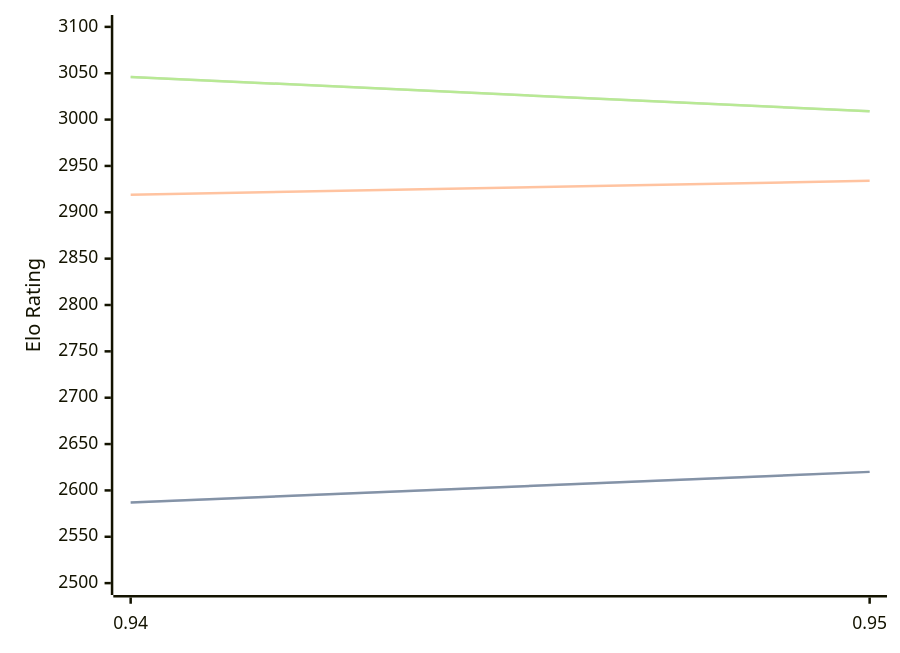
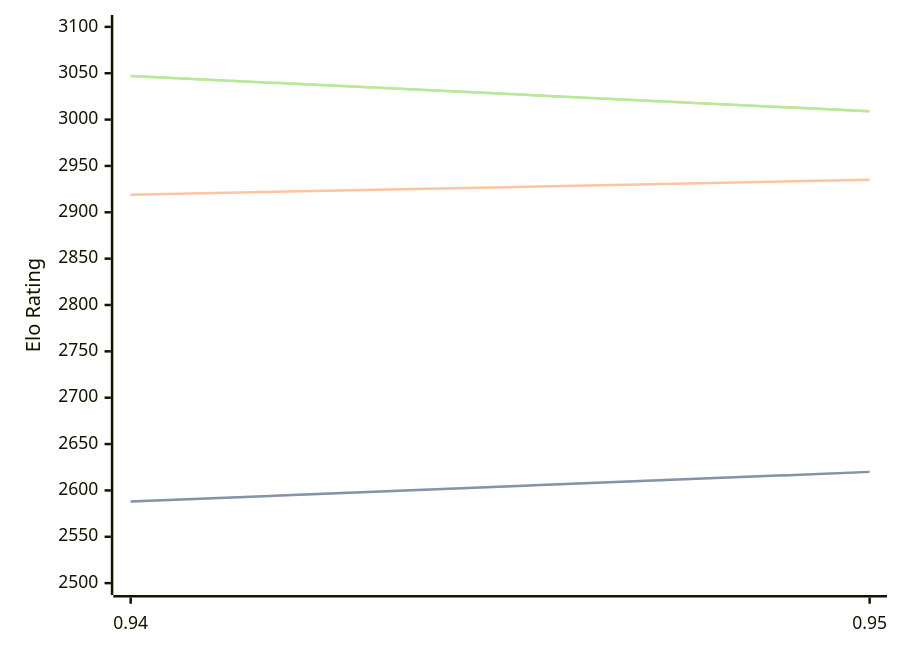
The diagram in engines/Myrddin.md (computer-chess-index/cci), drawn with Mermaid before and after one commit. The commit also changed other lines of this file, not shown here.

Commit message:
Update CCI Ratings (ELO VLTC) - 2026-05-22

````diff
--- a/engines/Myrddin.md
+++ b/engines/Myrddin.md
@@ -37,11 +37,11 @@
 ```mermaid
 %%{init: {"theme":"base","themeVariables":{"seriesColors:['#a3a3a3','#222221','#faa371']}}}%%
 xychart-beta
   x-axis ["0.94", "0.95"]
   y-axis "Elo Rating" 2500 --> 3100
-  line "STC (8.0+0.08s)" [2587, 2620]
-  line "STC (8.0+0.08s)" [2587, 2620]
-  line "LTC (60.0+0.60s)" [2919, 2934]
-  line "VLTC (2m24s+1.12s)" [3046, 3009]
-  line "VLTC (2m24s+1.12s)" [3046, 3009]
+  line "STC (8.0+0.08s)" [2588, 2620]
+  line "STC (8.0+0.08s)" [2588, 2620]
+  line "LTC (60.0+0.60s)" [2919, 2935]
+  line "VLTC (2m24s+1.12s)" [3047, 3009]
+  line "VLTC (2m24s+1.12s)" [3047, 3009]
 ```
````
